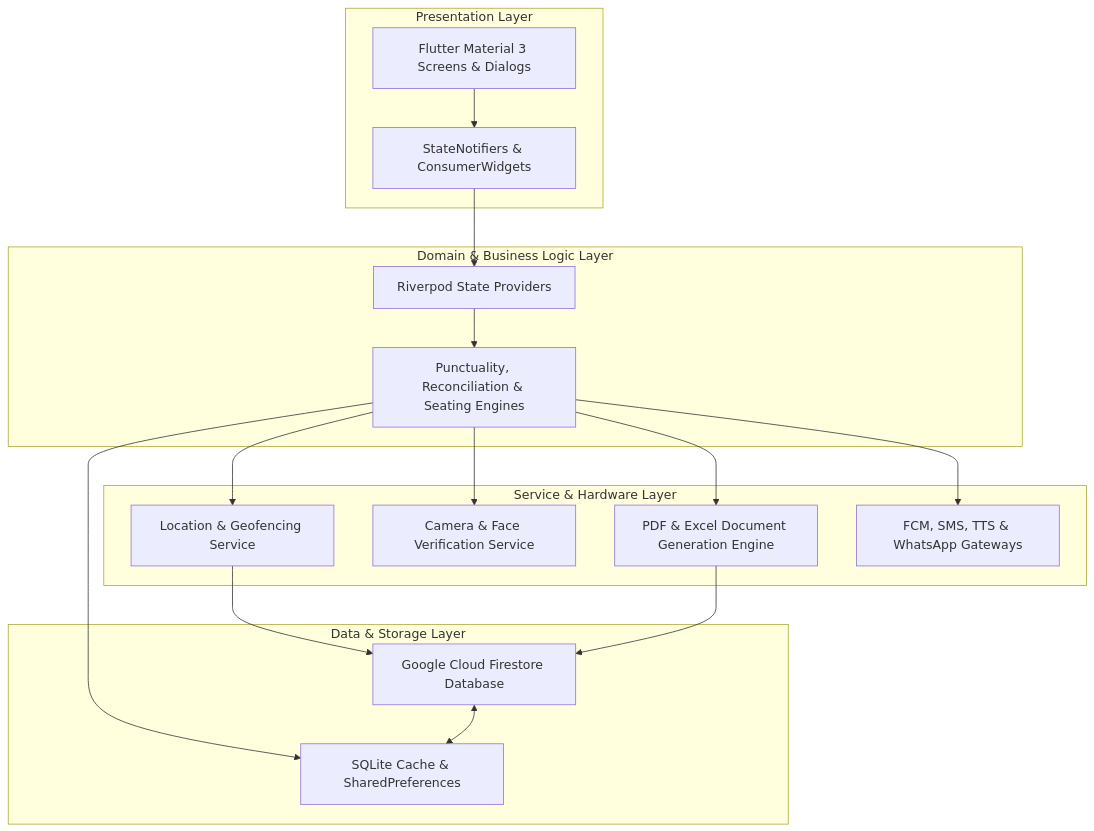
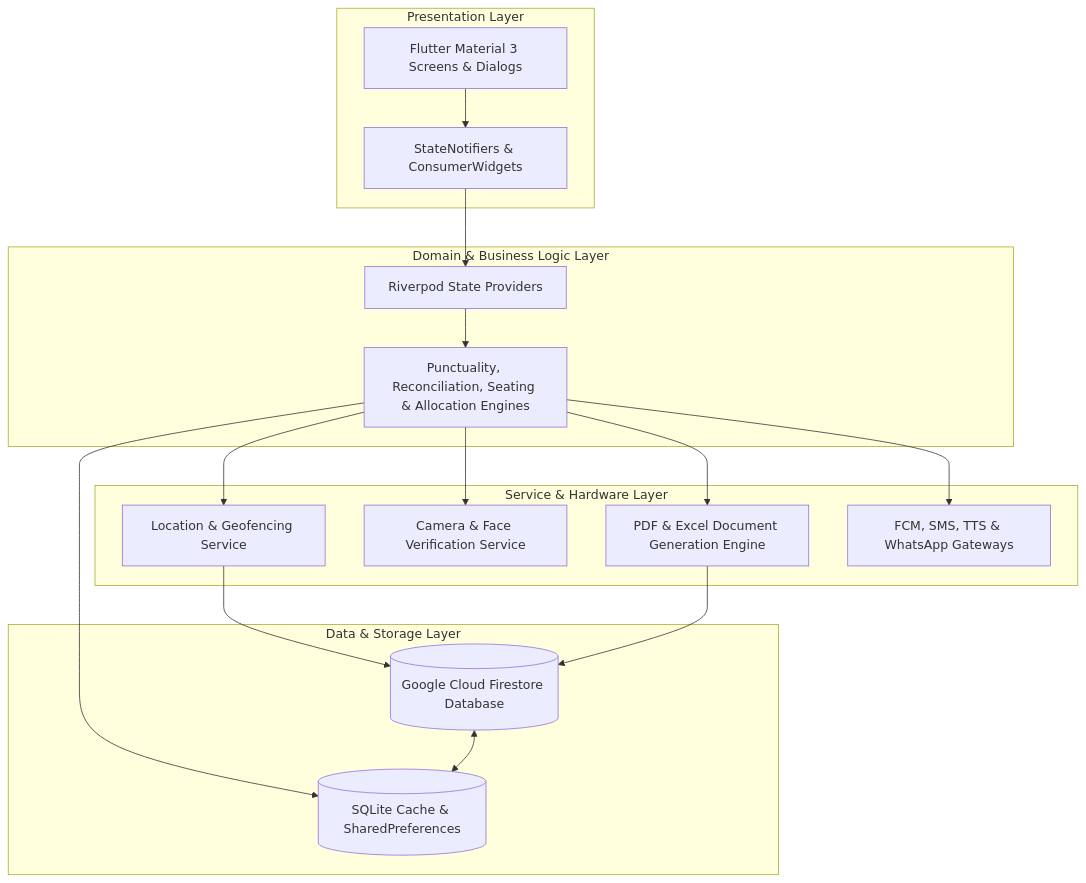
One commit to rajnishsinh2003/DutyDesk changed the second of 16 diagrams in DutyDesk_Sem8_Major_Project_Report.md. Above: the diagram before and after it, drawn with Mermaid. The commit also changed other lines of this file and 1 other file, not shown here.

Commit message:
Update Sem-8 Major Project Report with all diagrams and details

````diff
--- a/DutyDesk_Sem8_Major_Project_Report.md
+++ b/DutyDesk_Sem8_Major_Project_Report.md
@@ -561,36 +691,36 @@
 ```mermaid
 graph TD
     subgraph Presentation Layer
-        UI[Flutter Material 3 Screens & Dialogs]
-        Controllers[StateNotifiers & ConsumerWidgets]
+        UI["Flutter Material 3 Screens & Dialogs"]
+        Controllers["StateNotifiers & ConsumerWidgets"]
     end
 
     subgraph Domain & Business Logic Layer
-        Providers[Riverpod State Providers]
-        Engines[Punctuality, Reconciliation & Seating Engines]
+        Providers["Riverpod State Providers"]
+        Engines["Punctuality, Reconciliation, Seating & Allocation Engines"]
     end
 
     subgraph Service & Hardware Layer
-        Geo[Location & Geofencing Service]
-        Cam[Camera & Face Verification Service]
-        Doc[PDF & Excel Document Generation Engine]
-        Comms[FCM, SMS, TTS & WhatsApp Gateways]
+        Geo["Location & Geofencing Service"]
+        Cam["Camera & Face Verification Service"]
+        Doc["PDF & Excel Document Generation Engine"]
+        Comms["FCM, SMS, TTS & WhatsApp Gateways"]
     end
 
     subgraph Data & Storage Layer
-        Cloud[Google Cloud Firestore Database]
-        Local[SQLite Cache & SharedPreferences]
+        Cloud[("Google Cloud Firestore Database")]
+        Local[("SQLite Cache & SharedPreferences")]
     end
 
     UI --> Controllers
     Controllers --> Providers
     Providers --> Engines
     Engines --> Geo
     Engines --> Cam
     Engines --> Doc
     Engines --> Comms
     Geo --> Cloud
     Doc --> Cloud
     Engines --> Local
     Cloud <--> Local
 ```
````
